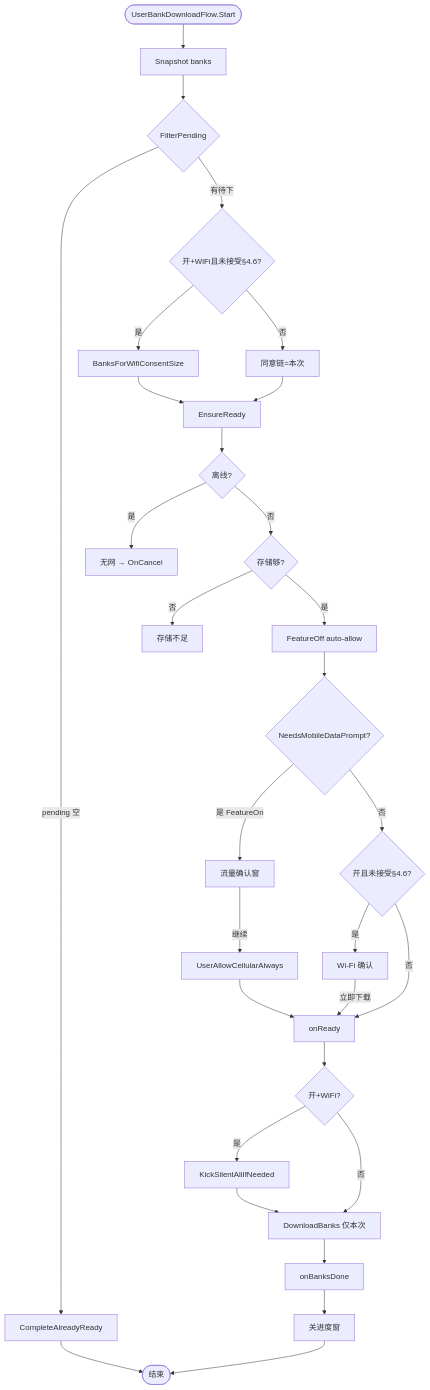
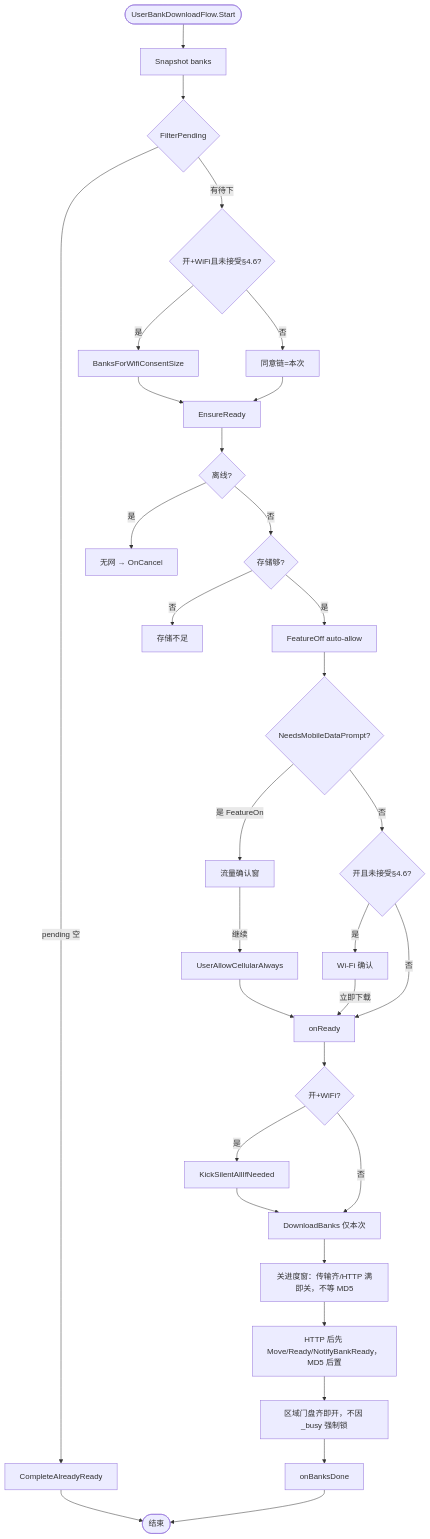
The fourth of 12 diagrams in Assets/GameMain/Docs/13-bank-download.md (sika0819/CustomSRP), drawn with Mermaid before and after one commit. The commit also changed other lines of this file and 266 other files, not shown here.

First line of the commit message:
feat(island): harden playback, grass bake, and bank flow

````diff
--- a/Assets/GameMain/Docs/13-bank-download.md
+++ b/Assets/GameMain/Docs/13-bank-download.md
@@ -121,32 +126,34 @@
 ```mermaid
 flowchart TD
   Start([UserBankDownloadFlow.Start]) --> Snap[Snapshot banks]
   Snap --> FP{FilterPending}
   FP -->|pending 空| ReadyPath[CompleteAlreadyReady]
   FP -->|有待下| Size{开+WiFi且未接受§4.6?}
   Size -->|是| ConsentAll[BanksForWifiConsentSize]
   Size -->|否| ConsentClick[同意链=本次]
   ConsentAll --> ER[EnsureReady]
   ConsentClick --> ER
   ER --> Offline{离线?}
   Offline -->|是| Toast1[无网 → OnCancel]
   Offline -->|否| Stor{存储够?}
   Stor -->|否| Toast2[存储不足]
   Stor -->|是| AutoOff[FeatureOff auto-allow]
   AutoOff --> Cell{NeedsMobileDataPrompt?}
   Cell -->|是 FeatureOn| MD[流量确认窗]
   MD -->|继续| Always[UserAllowCellularAlways]
   Always --> Go
   Cell -->|否| WifiGate{开且未接受§4.6?}
   WifiGate -->|是| WC[Wi‑Fi 确认]
   WC -->|立即下载| Go
   WifiGate -->|否| Go[onReady]
   Go --> Kick{开+WiFi?}
   Kick -->|是| Silent[KickSilentAllIfNeeded]
   Kick -->|否| DL
   Silent --> DL[DownloadBanks 仅本次]
-  DL --> Done[onBanksDone]
-  Done --> Fin[关进度窗]
+  DL --> Fin[关进度窗：传输齐/HTTP 满即关，不等 MD5]
+  Fin --> Disk[HTTP 后先 Move/Ready/NotifyBankReady，MD5 后置]
+  Disk --> Gate[区域门盘齐即开，不因 _busy 强制锁]
+  Gate --> Done[onBanksDone]
   ReadyPath --> End([结束])
-  Fin --> End
+  Done --> End
 ```
````
